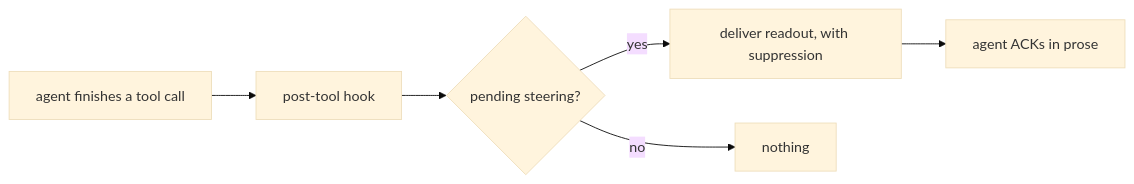
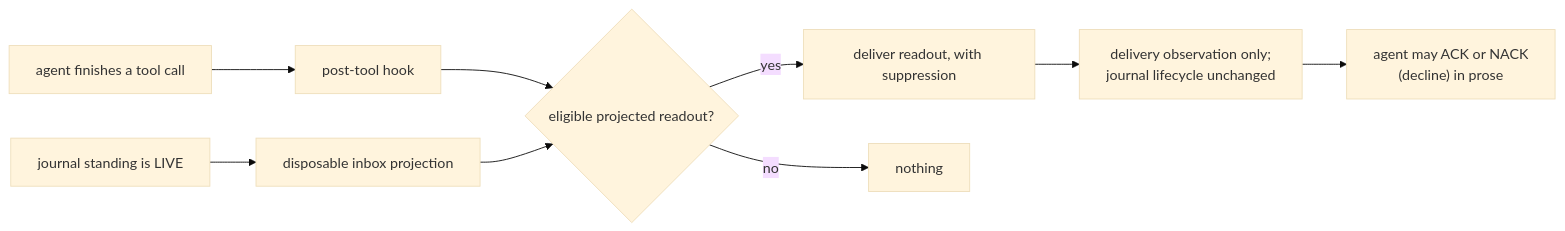
One commit to infimalabs/spice-rust changed the sixth of 10 diagrams in docs/product/planes/hooks.md. Above: the diagram before and after it, drawn with Mermaid (base theme). The commit also changed other lines of this file and 71 other files, not shown here.

````diff
--- a/docs/product/planes/hooks.md
+++ b/docs/product/planes/hooks.md
@@ -99,8 +99,11 @@
 ```mermaid
 flowchart LR
   T["agent finishes a tool call"] --> H["post-tool hook"]
-  H --> P{"pending steering?"}
-  P -- yes --> I["deliver readout, with suppression"]
+  J["journal standing is LIVE"] --> Q["disposable inbox projection"]
+  H --> P{"eligible projected readout?"}
+  Q --> P
+  P -- yes --> R["deliver readout, with suppression"]
   P -- no --> N["nothing"]
-  I --> A["agent ACKs in prose"]
+  R --> O["delivery observation only;<br/>journal lifecycle unchanged"]
+  O --> A["agent may ACK or NACK<br/>(decline) in prose"]
 ```
````
